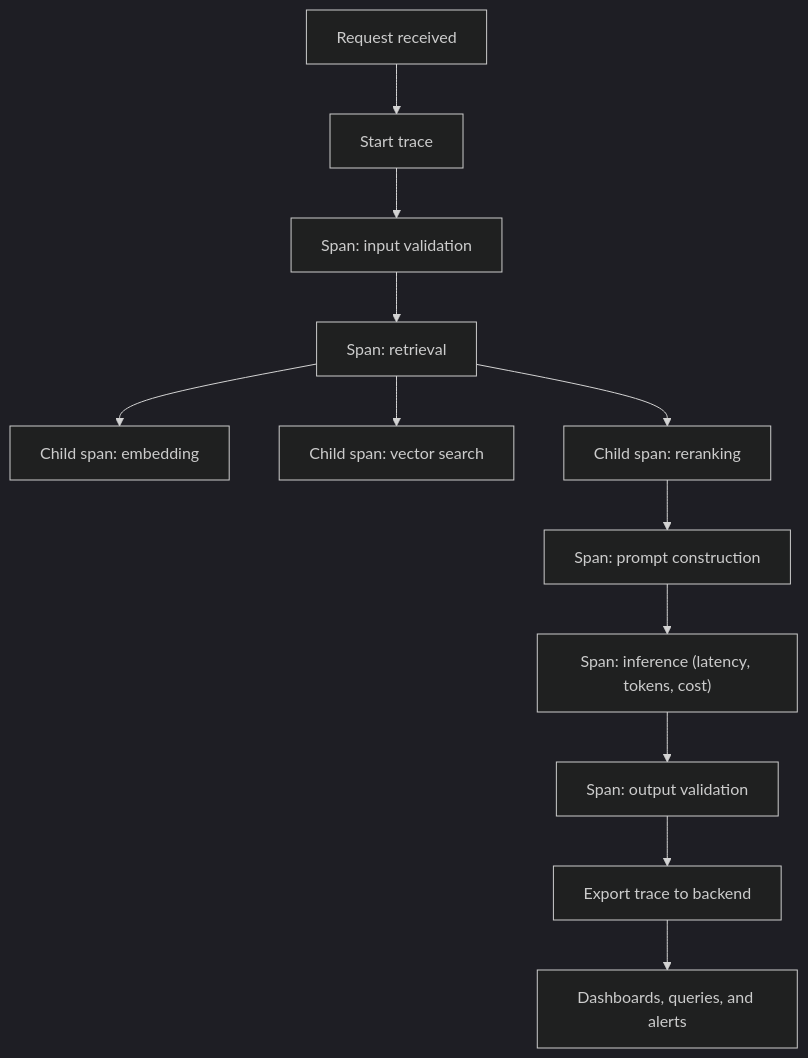
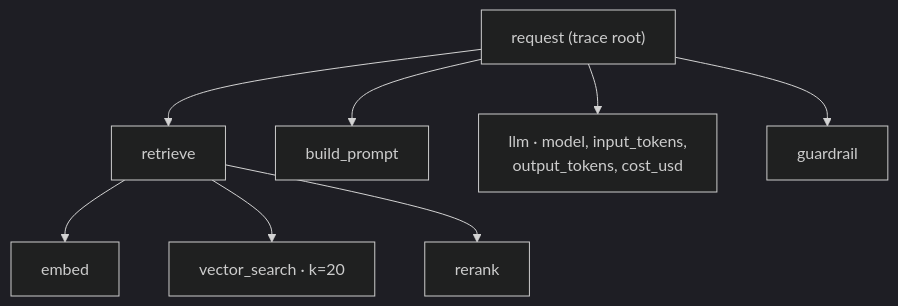
The diagram in content/patterns/observability-and-evaluation/span-level-tracing.md (PrajwalAmte/AI-Engineering-Patterns), drawn with Mermaid (dark theme) before and after one commit. The commit also changed other lines of this file and 190 other files, not shown here.

````diff
--- a/content/patterns/observability-and-evaluation/span-level-tracing.md
+++ b/content/patterns/observability-and-evaluation/span-level-tracing.md
@@ -35,14 +33,10 @@
-```mermaid
+<pre class="mermaid">
 flowchart TD
-    A["Request received"] --> B["Start trace"]
-    B --> C["Span: input validation"]
-    C --> D["Span: retrieval"]
-    D --> D1["Child span: embedding"]
-    D --> D2["Child span: vector search"]
-    D --> D3["Child span: reranking"]
-    D3 --> E["Span: prompt construction"]
-    E --> F["Span: inference (latency, tokens, cost)"]
-    F --> G["Span: output validation"]
-    G --> H["Export trace to backend"]
-    H --> I["Dashboards, queries, and alerts"]
-```
+    R["request (trace root)"] --> RT["retrieve"]
+    RT --> E["embed"]
+    RT --> V["vector_search · k=20"]
+    RT --> RR["rerank"]
+    R --> P["build_prompt"]
+    R --> L["llm · model, input_tokens,<br/>output_tokens, cost_usd"]
+    R --> G["guardrail"]
+</pre>
````
